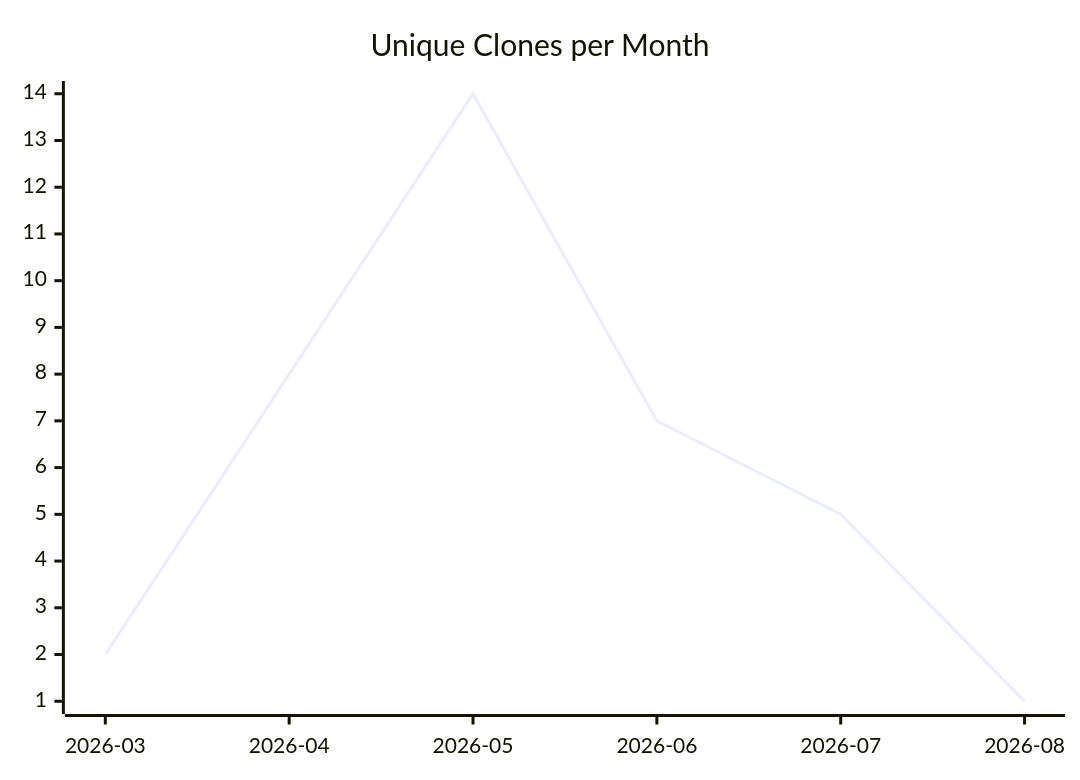
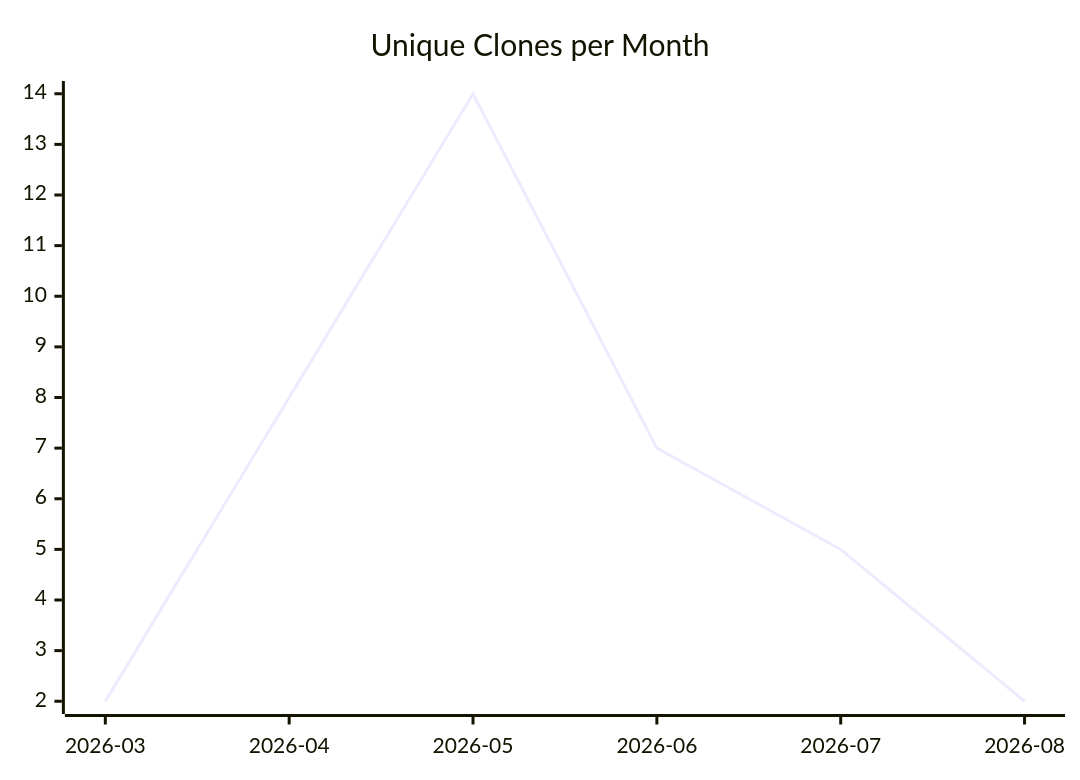
One commit to justdavis-family/github-analytics-data changed the third of 3 diagrams in karlmdavis/hello-rust-actix/README.md. Above: the diagram before and after it, drawn with Mermaid. The commit also changed other lines of this file and 174 other files, not shown here.

````diff
--- a/karlmdavis/hello-rust-actix/README.md
+++ b/karlmdavis/hello-rust-actix/README.md
@@ -19,6 +19,6 @@
 ```mermaid
 xychart-beta
   title "Unique Clones per Month"
   x-axis ["2026-03", "2026-04", "2026-05", "2026-06", "2026-07", "2026-08"]
-  line [2, 8, 14, 7, 5, 1]
+  line [2, 8, 14, 7, 5, 2]
 ```
````
